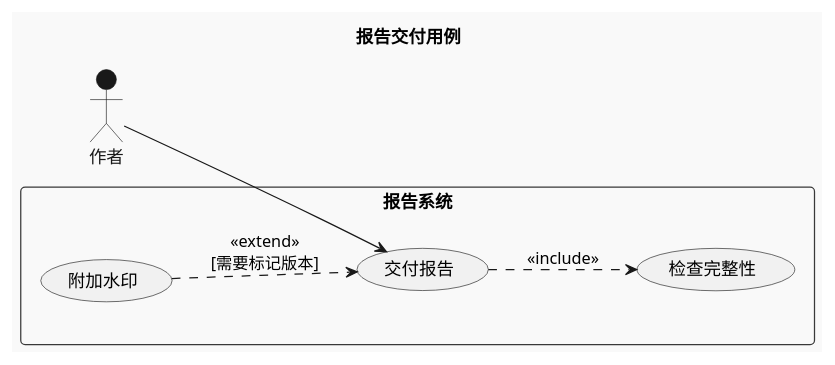
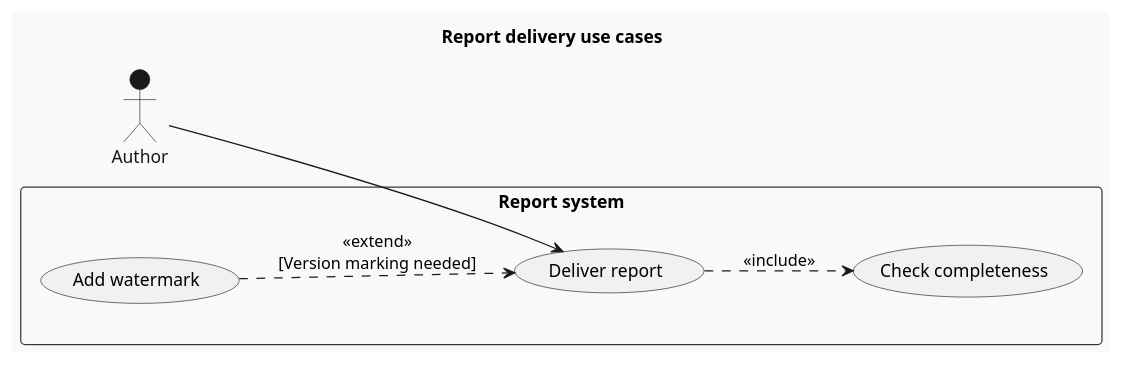
The first of 3 diagrams in skills/fuxian-diagram/references/plantuml/use-case-object-package.md (def-peter/fuxian), drawn with PlantUML before and after one commit. The commit also changed other lines of this file and 43 other files, not shown here.

Commit message:
feat(skills): internationalize diagram guides and expand type selection

````diff
--- a/skills/fuxian-diagram/references/plantuml/use-case-object-package.md
+++ b/skills/fuxian-diagram/references/plantuml/use-case-object-package.md
@@ -9,16 +9,16 @@
 ```plantuml
 @startuml
 !theme mars
 left to right direction
-title 报告交付用例
-actor "作者" as Author
-rectangle "报告系统" {
-  usecase "交付报告" as Deliver
-  usecase "检查完整性" as Validate
-  usecase "附加水印" as Watermark
+title Report delivery use cases
+actor "Author" as Author
+rectangle "Report system" {
+  usecase "Deliver report" as Deliver
+  usecase "Check completeness" as Validate
+  usecase "Add watermark" as Watermark
 }
 Author --> Deliver
 Deliver ..> Validate : <<include>>
-Watermark ..> Deliver : <<extend>>\n[需要标记版本]
+Watermark ..> Deliver : <<extend>>\n[Version marking needed]
 @enduml
 ```
````
